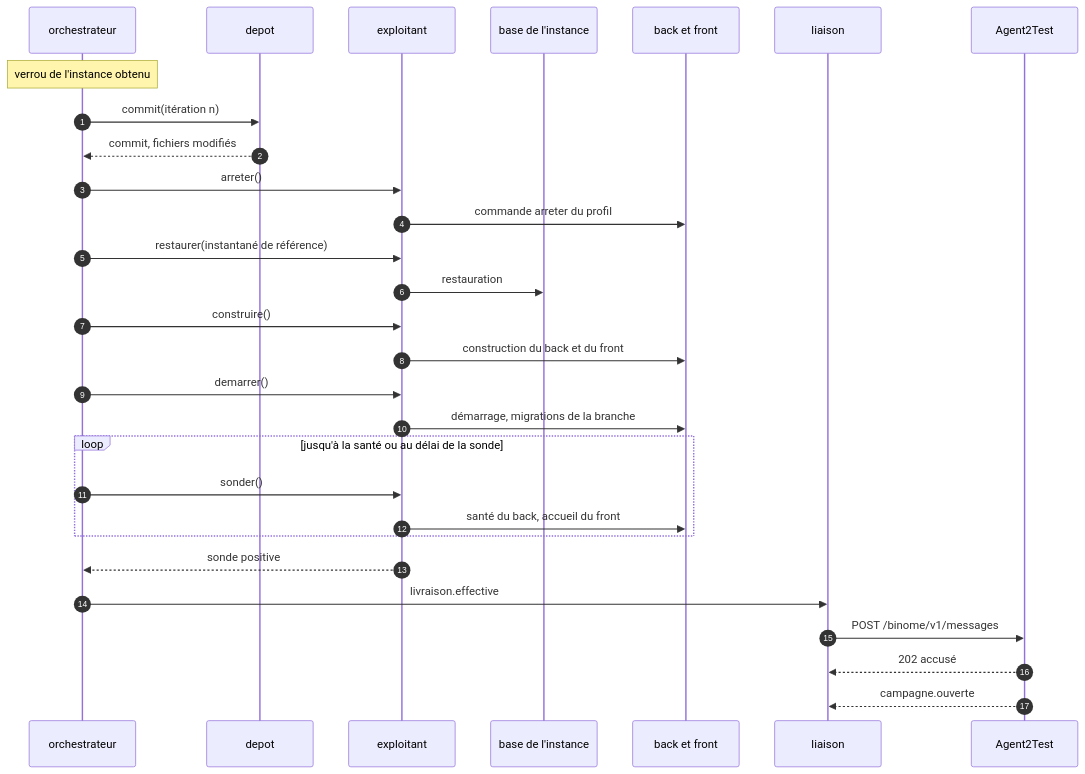
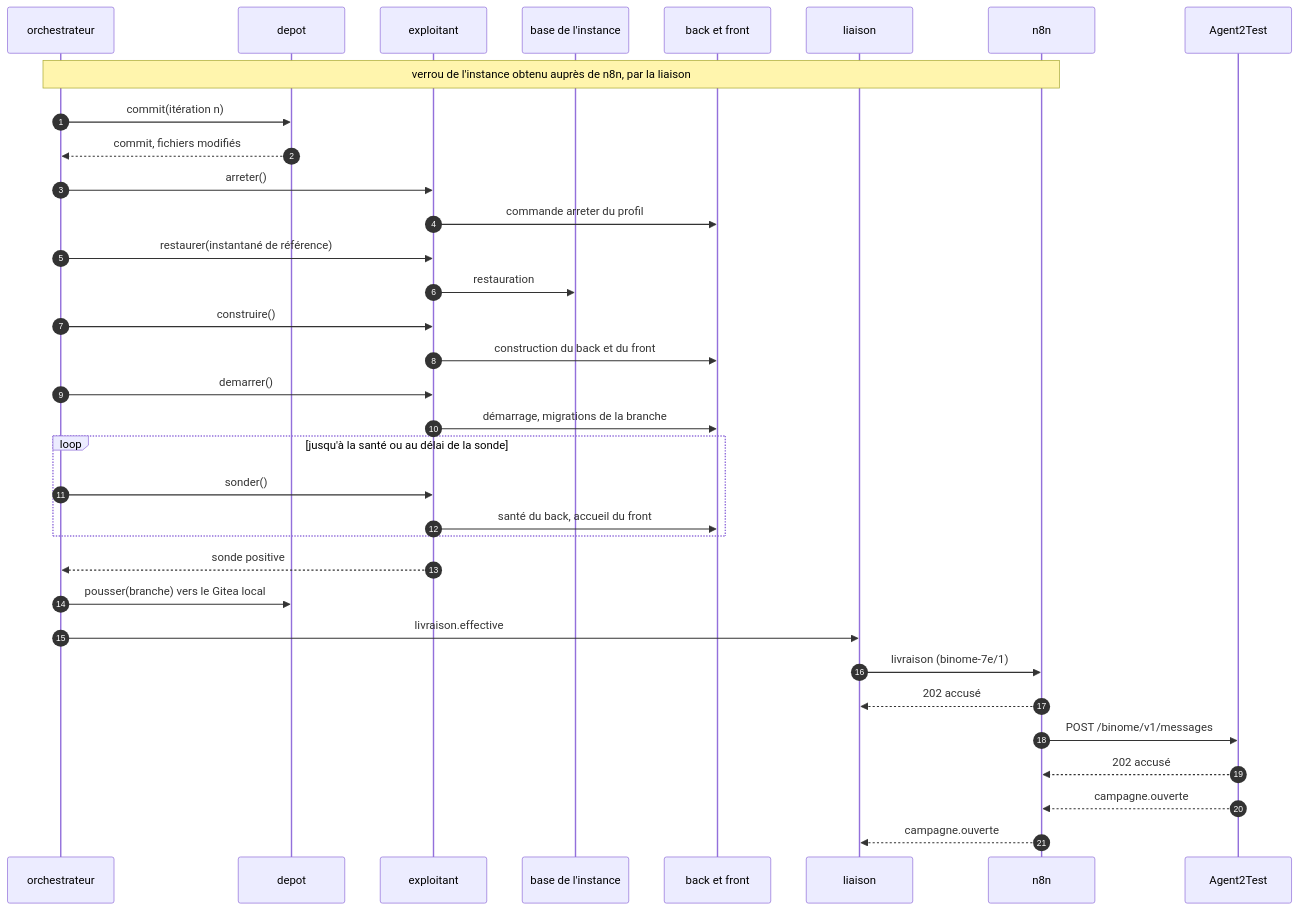
The seventh of 7 diagrams in 01-architecture.md (FredGarcia/Agent2Dev), drawn with Mermaid before and after one commit. The commit also changed other lines of this file and 5 other files, not shown here.

````diff
--- a/01-architecture.md
+++ b/01-architecture.md
@@ -810,31 +812,36 @@
 ```mermaid
 sequenceDiagram
   autonumber
   participant O as orchestrateur
   participant P as depot
   participant X as exploitant
   participant B as base de l'instance
   participant A as back et front
   participant L as liaison
+  participant N as n8n
   participant T as Agent2Test
-  Note over O: verrou de l'instance obtenu
+  Note over O,N: verrou de l'instance obtenu auprès de n8n, par la liaison
   O->>P: commit(itération n)
   P-->>O: commit, fichiers modifiés
   O->>X: arreter()
   X->>A: commande arreter du profil
   O->>X: restaurer(instantané de référence)
   X->>B: restauration
   O->>X: construire()
   X->>A: construction du back et du front
   O->>X: demarrer()
   X->>A: démarrage, migrations de la branche
   loop jusqu'à la santé ou au délai de la sonde
     O->>X: sonder()
     X->>A: santé du back, accueil du front
   end
   X-->>O: sonde positive
+  O->>P: pousser(branche) vers le Gitea local
   O->>L: livraison.effective
-  L->>T: POST /binome/v1/messages
-  T-->>L: 202 accusé
-  T-->>L: campagne.ouverte
+  L->>N: livraison (binome-7e/1)
+  N-->>L: 202 accusé
+  N->>T: POST /binome/v1/messages
+  T-->>N: 202 accusé
+  T-->>N: campagne.ouverte
+  N-->>L: campagne.ouverte
 ```
````
